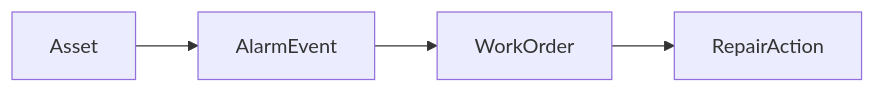
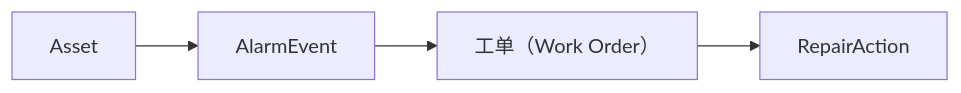
One commit to rexlin600/ontology_practice changed the diagram in days/Day-25.md. Above: the diagram before and after it, drawn with Mermaid. The commit also changed other lines of this file, not shown here.

````diff
--- a/days/Day-25.md
+++ b/days/Day-25.md
@@ -16,7 +31,7 @@
 ```mermaid
 flowchart LR
   Asset["Asset"] --> AlarmEvent["AlarmEvent"]
-  AlarmEvent["AlarmEvent"] --> WorkOrder["WorkOrder"]
-  WorkOrder["WorkOrder"] --> RepairAction["RepairAction"]
+  AlarmEvent["AlarmEvent"] --> WorkOrder["工单（Work Order）"]
+  WorkOrder["工单（Work Order）"] --> RepairAction["RepairAction"]
 
 ```
````
